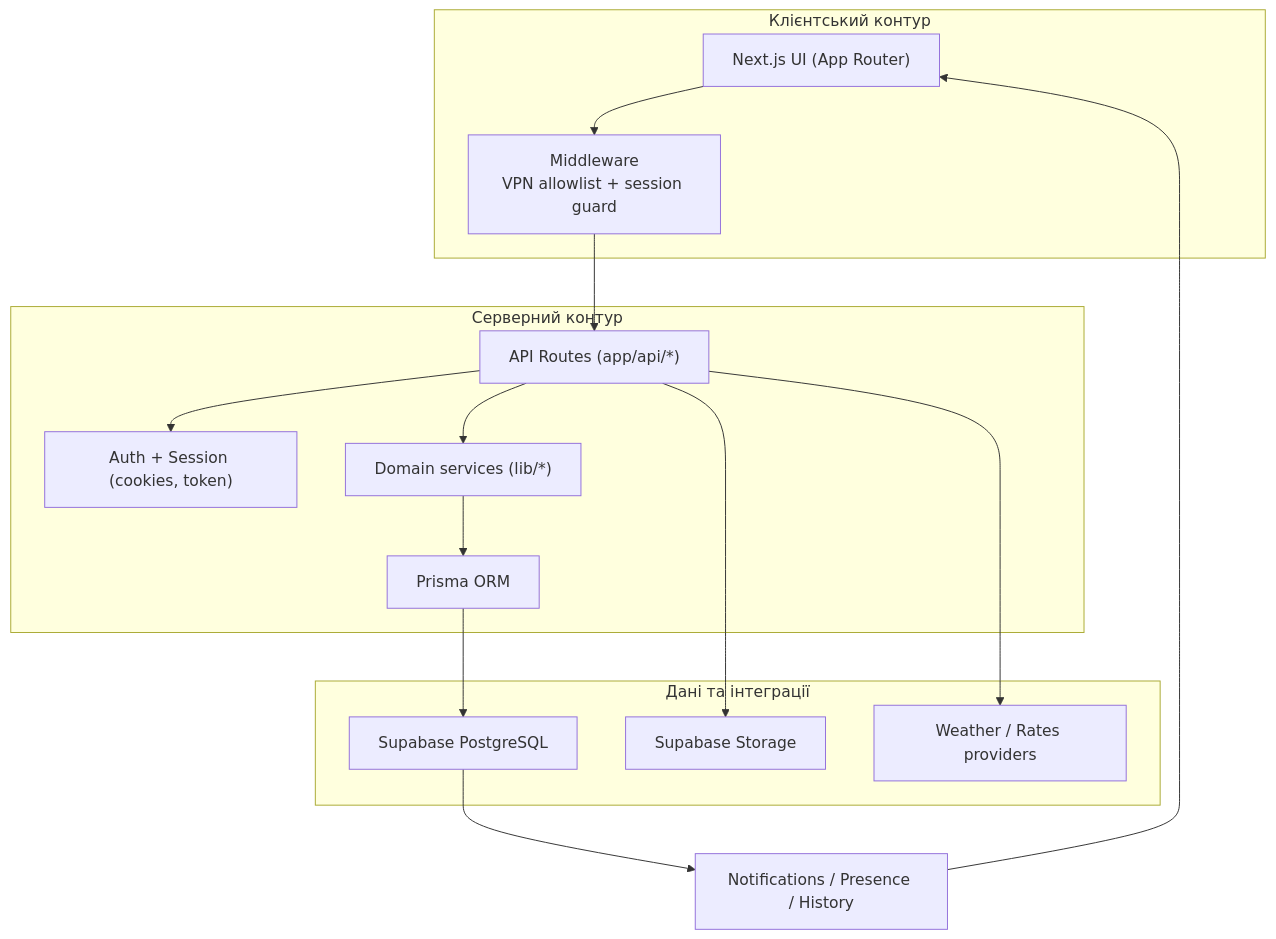
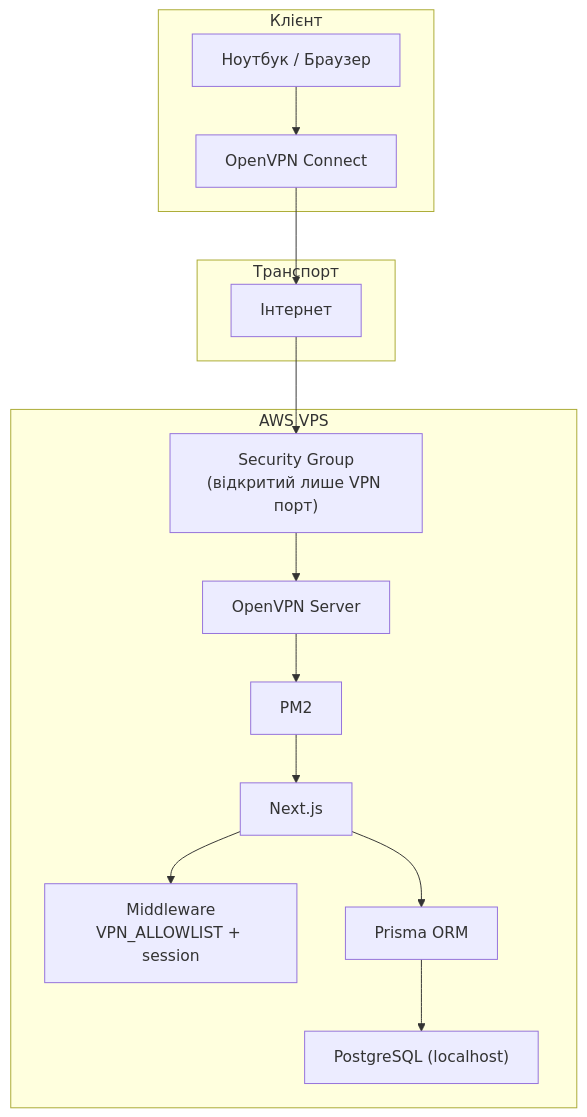
The first of 3 diagrams in README.md (xxxquide/Agroplus_Practice), drawn with Mermaid before and after one commit. The commit also changed other lines of this file, not shown here.

Commit message:
docs: update README for VPN + local DB

````diff
--- a/README.md
+++ b/README.md
@@ -45,31 +46,29 @@
 ```mermaid
 flowchart TB
-  subgraph C["Клієнтський контур"]
-    UI["Next.js UI (App Router)"]
-    MW["Middleware<br/>VPN allowlist + session guard"]
-    UI --> MW
+  subgraph C["Клієнт"]
+    LAP["Ноутбук / Браузер"]
+    OVPNC["OpenVPN Connect"]
+    LAP --> OVPNC
   end
 
-  subgraph S["Серверний контур"]
-    API["API Routes (app/api/*)"]
-    AUTH["Auth + Session (cookies, token)"]
-    DOMAIN["Domain services (lib/*)"]
-    PRISMA["Prisma ORM"]
-    MW --> API
-    API --> AUTH
-    API --> DOMAIN
-    DOMAIN --> PRISMA
+  subgraph NET["Транспорт"]
+    INET["Інтернет"]
   end
 
-  subgraph D["Дані та інтеграції"]
-    PG["Supabase PostgreSQL"]
-    ST["Supabase Storage"]
-    EXT["Weather / Rates providers"]
+  subgraph AWS["AWS VPS"]
+    SG["Security Group\n(відкритий лише VPN порт)"]
+    OVPNS["OpenVPN Server"]
+    PM2["PM2"]
+    NEXT["Next.js"]
+    MW["Middleware\nVPN_ALLOWLIST + session"]
+    PRISMA["Prisma ORM"]
+    PG["PostgreSQL (localhost)"]
+    OVPNS --> PM2
+    PM2 --> NEXT
+    NEXT --> MW
+    NEXT --> PRISMA
     PRISMA --> PG
-    API --> ST
-    API --> EXT
   end
 
-  PG --> NOTIF["Notifications / Presence / History"]
-  NOTIF --> UI
+  OVPNC --> INET --> SG --> OVPNS
 ```
````
